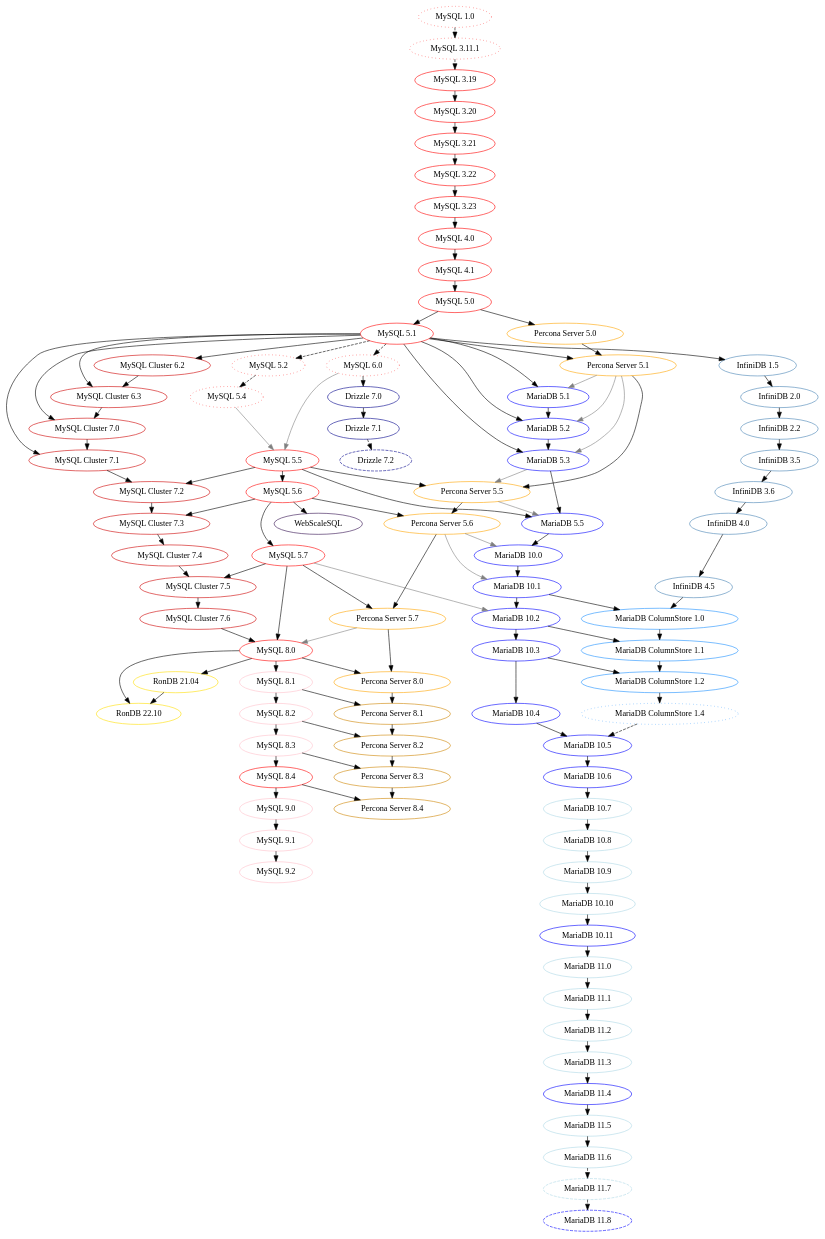
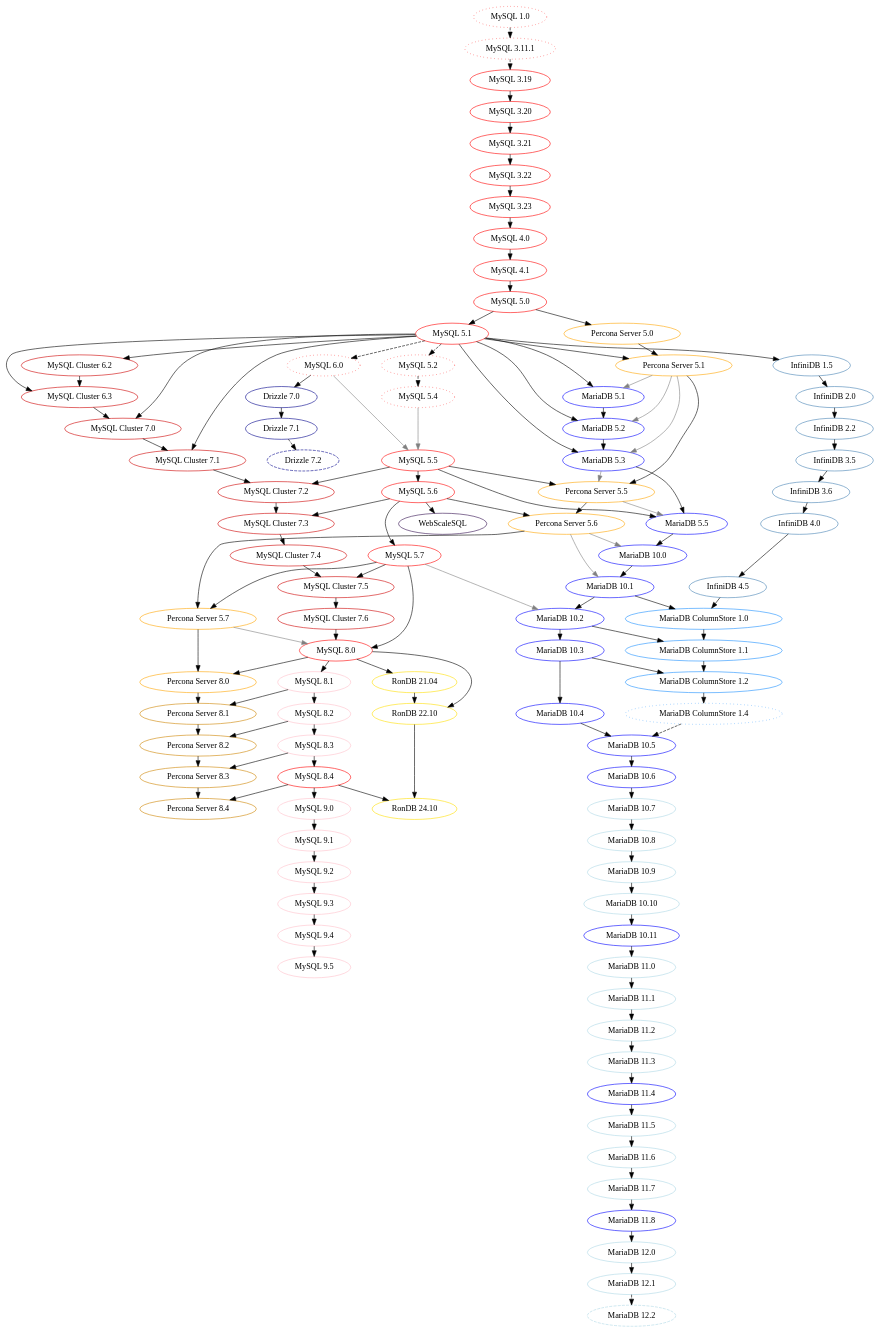
Before and after one commit to dveeden/mysql-history-graph: the diagram in mysql-history-graph.dot, drawn with Graphviz. The commit also changed 2 other files, not shown here.

Commit message:
Various updates: RonDB, MariaDB, MySQL

```diff
--- a/mysql-history-graph.dot
+++ b/mysql-history-graph.dot
@@ -37,6 +37,9 @@
 	"MySQL 9.0" [color="pink"];
 	"MySQL 9.1" [color="pink"];
 	"MySQL 9.2" [color="pink"];
+	"MySQL 9.3" [color="pink"];
+	"MySQL 9.4" [color="pink"];
+	"MySQL 9.5" [color="pink"];
 	"MySQL 3.19" -> "MySQL 3.20";
 	"MySQL 3.20" -> "MySQL 3.21";
 	"MySQL 3.21" -> "MySQL 3.22";
@@ -58,6 +61,9 @@
 	"MySQL 8.4" -> "MySQL 9.0";
 	"MySQL 9.0" -> "MySQL 9.1";
 	"MySQL 9.1" -> "MySQL 9.2";
+	"MySQL 9.2" -> "MySQL 9.3";
+	"MySQL 9.3" -> "MySQL 9.4";
+	"MySQL 9.4" -> "MySQL 9.5";
 
 	/* MySQL/Sun/Oracle non-GA */	
 	//
@@ -140,8 +146,12 @@
 	"MariaDB 11.4" [color="blue"];
 	"MariaDB 11.5" [color="lightblue"];
 	"MariaDB 11.6" [color="lightblue"];
-	"MariaDB 11.7" [color="lightblue", style="dashed"];
-	"MariaDB 11.8" [color="blue", style="dashed"];
+	"MariaDB 11.7" [color="lightblue"];
+	"MariaDB 11.8" [color="blue"];
+	"MariaDB 12.0" [color="lightblue"];
+	"MariaDB 12.1" [color="lightblue"];
+	"MariaDB 12.2" [color="lightblue", style="dashed"];
+
 	"MySQL 5.1" -> "MariaDB 5.1";
 	"Percona Server 5.1" -> "MariaDB 5.1" [color="grey"]; // XtraDB
 	"MySQL 5.1" -> "MariaDB 5.2";
@@ -183,8 +193,11 @@
 	"MariaDB 11.3" -> "MariaDB 11.4";
 	"MariaDB 11.4" -> "MariaDB 11.5";
 	"MariaDB 11.5" -> "MariaDB 11.6";
-	"MariaDB 11.6" -> "MariaDB 11.7" [style="dashed"];
-	"MariaDB 11.7" -> "MariaDB 11.8" [style="dashed"];
+	"MariaDB 11.6" -> "MariaDB 11.7";
+	"MariaDB 11.7" -> "MariaDB 11.8";
+	"MariaDB 11.8" -> "MariaDB 12.0";
+	"MariaDB 12.0" -> "MariaDB 12.1";
+	"MariaDB 12.1" -> "MariaDB 12.2" [style="dashed"];
 
     /* InfiniDB */
     "InfiniDB 1.5" [color="steelblue"];
@@ -263,10 +276,13 @@
 	"Drizzle 7.1" -> "Drizzle 7.2" [style="dashed"];
 
 	"RonDB 21.04" [color="#ffdf00"];
+	"RonDB 22.10" [color="#ffdf00"];
+	"RonDB 24.10" [color="#ffdf00"]
+	"RonDB 21.04" -> "RonDB 22.10";
+	"RonDB 22.10" -> "RonDB 24.10";
 	"MySQL 8.0" -> "RonDB 21.04";
-	"RonDB 22.10" [color="#ffdf00"];
-	"RonDB 21.04" -> "RonDB 22.10";
 	"MySQL 8.0" -> "RonDB 22.10";
+	"MySQL 8.4" -> "RonDB 24.10";
 
 	"WebScaleSQL" [color="#330e50"];
 	"MySQL 5.6" -> "WebScaleSQL";
```
